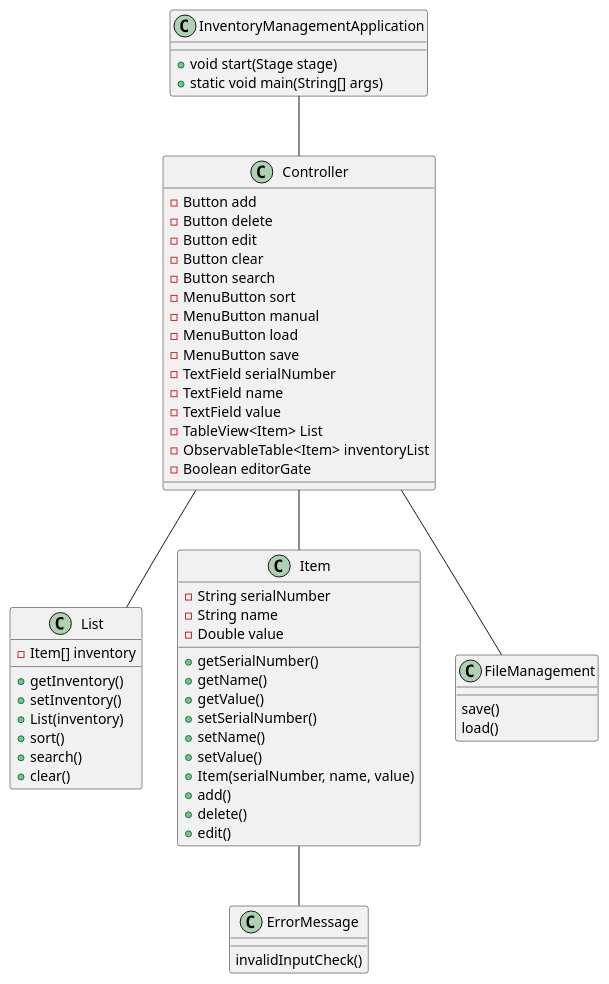
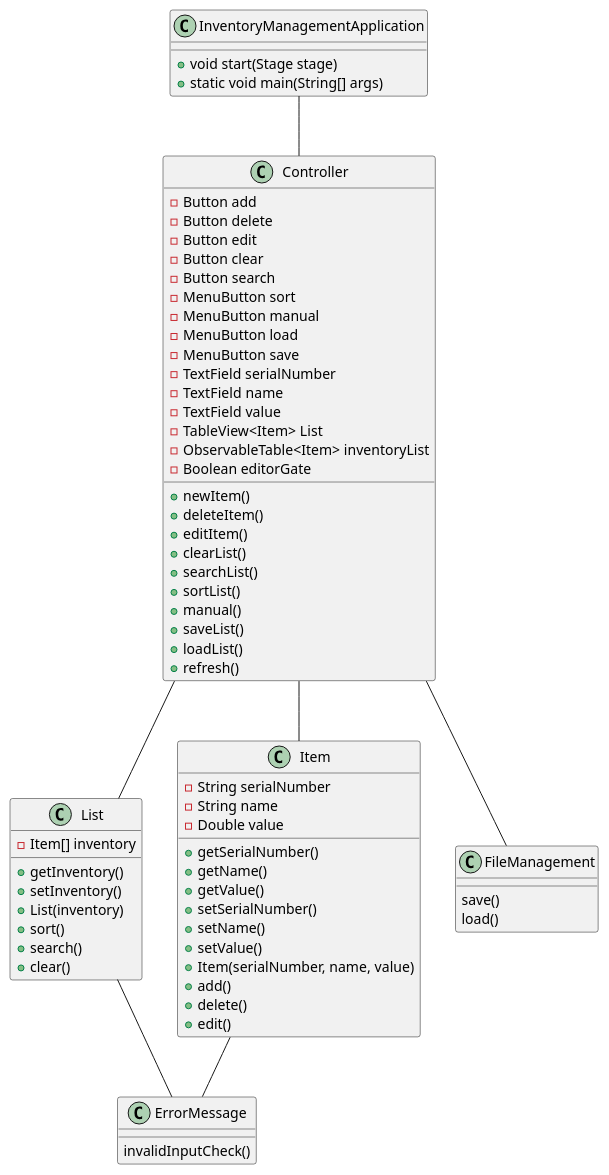
One commit to aidane1023/earnest-app2 changed the diagram in earnest-app2-code/docs/app2-classUML.puml. Above: the diagram before and after it, drawn with PlantUML.

Commit message:
updated uml

```diff
--- a/earnest-app2-code/docs/app2-classUML.puml
+++ b/earnest-app2-code/docs/app2-classUML.puml
@@ -1,76 +1,86 @@
 @startuml
 'https://plantuml.com/class-diagram
 
 class InventoryManagementApplication
 class Controller
 class List
 class Item
 class ErrorMessage
 class FileManagement
 
 InventoryManagementApplication -- Controller
 Controller -- List
 Controller -- Item
 Item -- ErrorMessage
+List -- ErrorMessage
 Controller -- FileManagement
 
 
 class InventoryManagementApplication {
     + void start(Stage stage)
     + static void main(String[] args)
 }
 
 class Controller {
     - Button add
     - Button delete
     - Button edit
     - Button clear
     - Button search
     - MenuButton sort
     - MenuButton manual
     - MenuButton load
     - MenuButton save
     - TextField serialNumber
     - TextField name
     - TextField value
     - TableView<Item> List
     - ObservableTable<Item> inventoryList
     - Boolean editorGate
-
+    + newItem()
+    + deleteItem()
+    + editItem()
+    + clearList()
+    + searchList()
+    + sortList()
+    + manual()
+    + saveList()
+    + loadList()
+    + refresh()
 }
 
 class FileManagement {
     save()
     load()
 }
 
 class ErrorMessage {
     invalidInputCheck()
 }
 
 class List {
     - Item[] inventory
     + getInventory()
     + setInventory()
     + List(inventory)
     + sort()
     + search()
     + clear()
 }
 
 class Item {
     - String serialNumber
     - String name
     - Double value
     + getSerialNumber()
     + getName()
     + getValue()
     + setSerialNumber()
     + setName()
     + setValue()
     + Item(serialNumber, name, value)
     + add()
     + delete()
     + edit()
 }
 @enduml
```
